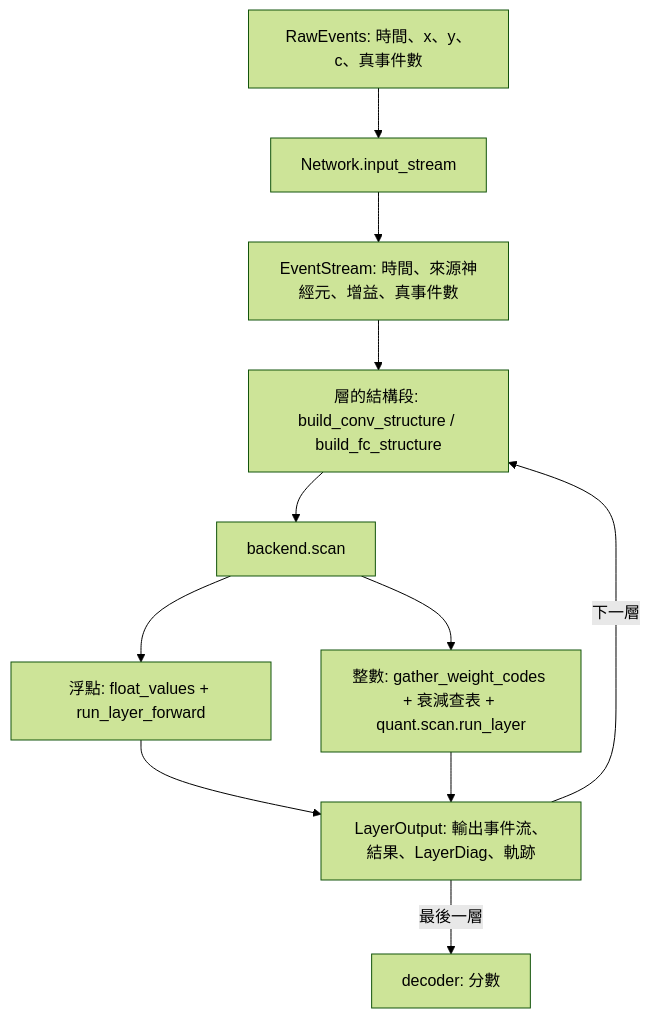
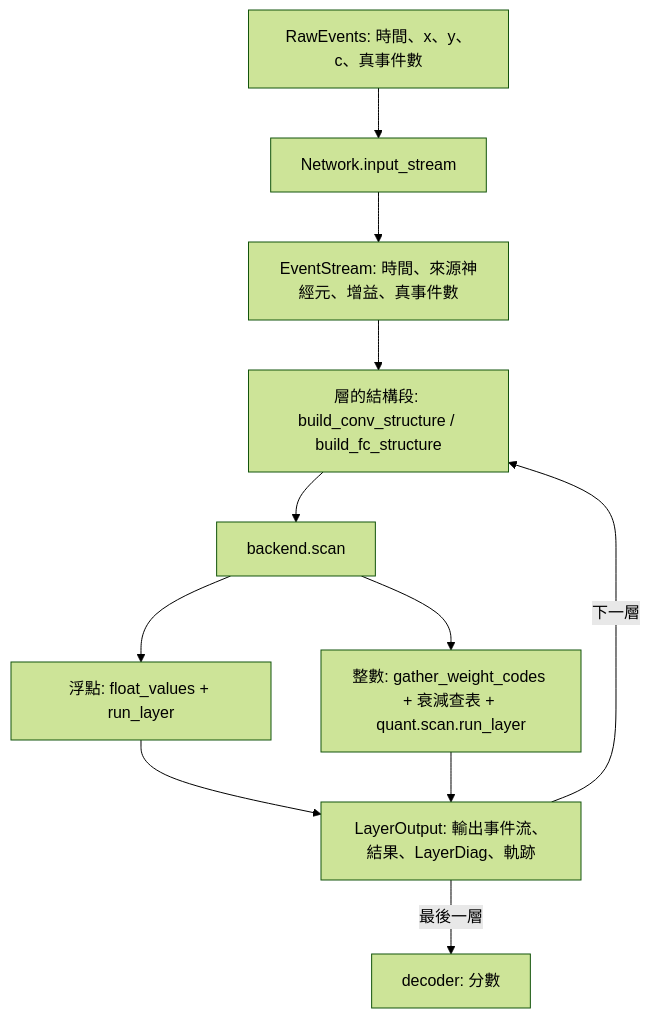
One commit to Salt-Shio/Spiking-Affine-Lazy-Training changed the first of 2 diagrams in docs/架構.md. Above: the diagram before and after it, drawn with Mermaid (forest theme). The commit also changed other lines of this file and 23 other files, not shown here.

````diff
--- a/docs/架構.md
+++ b/docs/架構.md
@@ -22,13 +22,13 @@
 ```mermaid
 flowchart TD
     RAW["RawEvents: 時間、x、y、c、真事件數"] --> IN["Network.input_stream"]
     IN --> ES["EventStream: 時間、來源神經元、增益、真事件數"]
     ES --> ST["層的結構段: build_conv_structure / build_fc_structure"]
     ST --> BK["backend.scan"]
-    BK --> FB["浮點: float_values + run_layer_forward"]
+    BK --> FB["浮點: float_values + run_layer"]
     BK --> QB["整數: gather_weight_codes + 衰減查表 + quant.scan.run_layer"]
     FB --> OUT["LayerOutput: 輸出事件流、結果、LayerDiag、軌跡"]
     QB --> OUT
     OUT -->|"下一層"| ST
     OUT -->|"最後一層"| DEC["decoder: 分數"]
 ```
````
